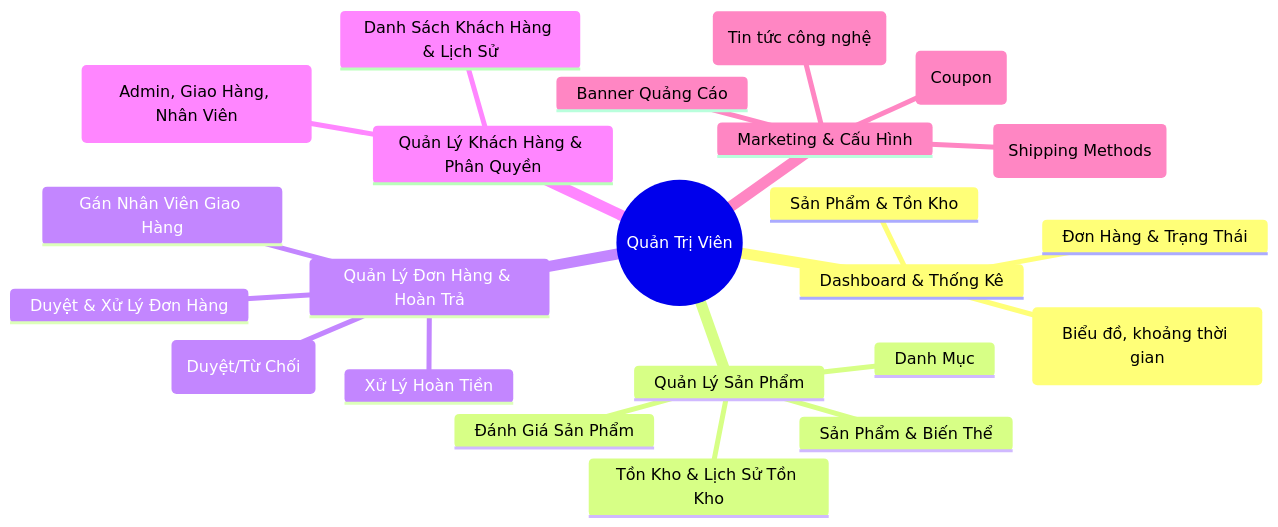
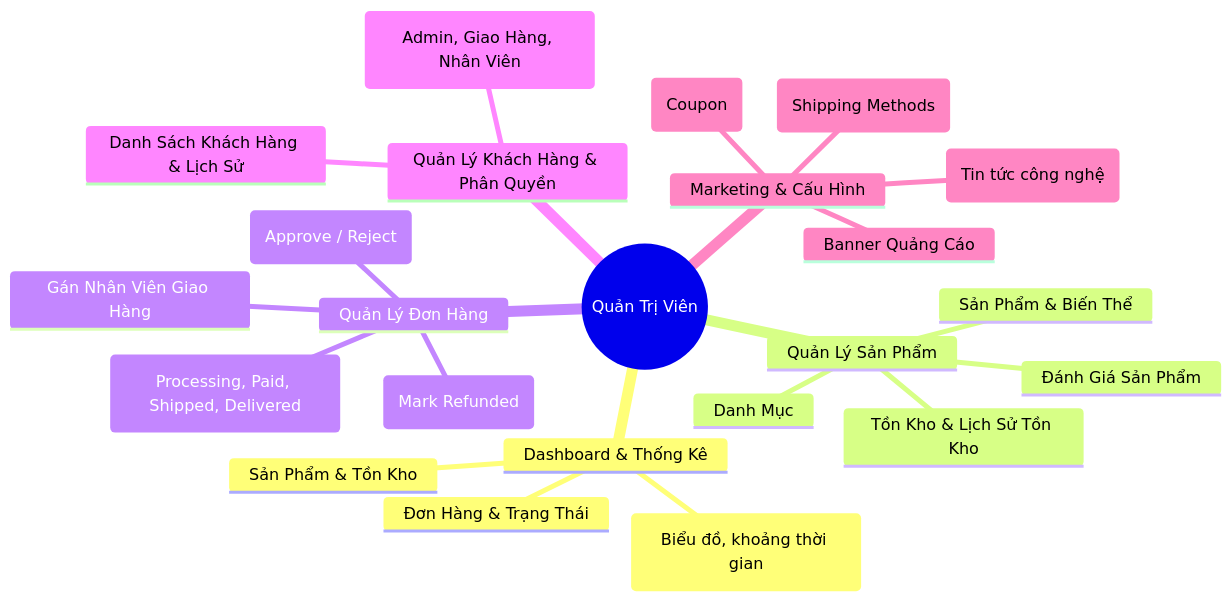
The second of 8 diagrams in USER_FLOWS.md (hoang07042005/E-Tech-Market), drawn with Mermaid before and after one commit. The commit also changed other lines of this file, not shown here.

````diff
--- a/USER_FLOWS.md
+++ b/USER_FLOWS.md
@@ -44,26 +44,26 @@
 ```mermaid
 mindmap
   root((Quản Trị Viên))
     Dashboard & Thống Kê
       Doanh Thu (Biểu đồ, khoảng thời gian)
       Đơn Hàng & Trạng Thái
       Sản Phẩm & Tồn Kho
     Quản Lý Sản Phẩm
       Danh Mục
       Sản Phẩm & Biến Thể
       Tồn Kho & Lịch Sử Tồn Kho
       Đánh Giá Sản Phẩm
-    Quản Lý Đơn Hàng & Hoàn Trả
-      Duyệt & Xử Lý Đơn Hàng
+    Quản Lý Đơn Hàng
+      Cập Nhật Trạng Thái (Processing, Paid, Shipped, Delivered)
       Gán Nhân Viên Giao Hàng
-      Quản Lý Yêu Cầu Hoàn Trả (Duyệt/Từ Chối)
-      Xử Lý Hoàn Tiền
+      Duyệt/Từ chối Yêu cầu Hoàn Trả (Approve / Reject)
+      Xác nhận Hoàn tiền & Nhận lại kho (Mark Refunded)
     Quản Lý Khách Hàng & Phân Quyền
       Danh Sách Khách Hàng & Lịch Sử
       Quản Lý Vai Trò (Admin, Giao Hàng, Nhân Viên)
     Marketing & Cấu Hình
       Mã Giảm Giá (Coupon)
       Banner Quảng Cáo
       Bài Viết (Tin tức công nghệ)
       Cấu Hình Vận Chuyển (Shipping Methods)
 ```
````
